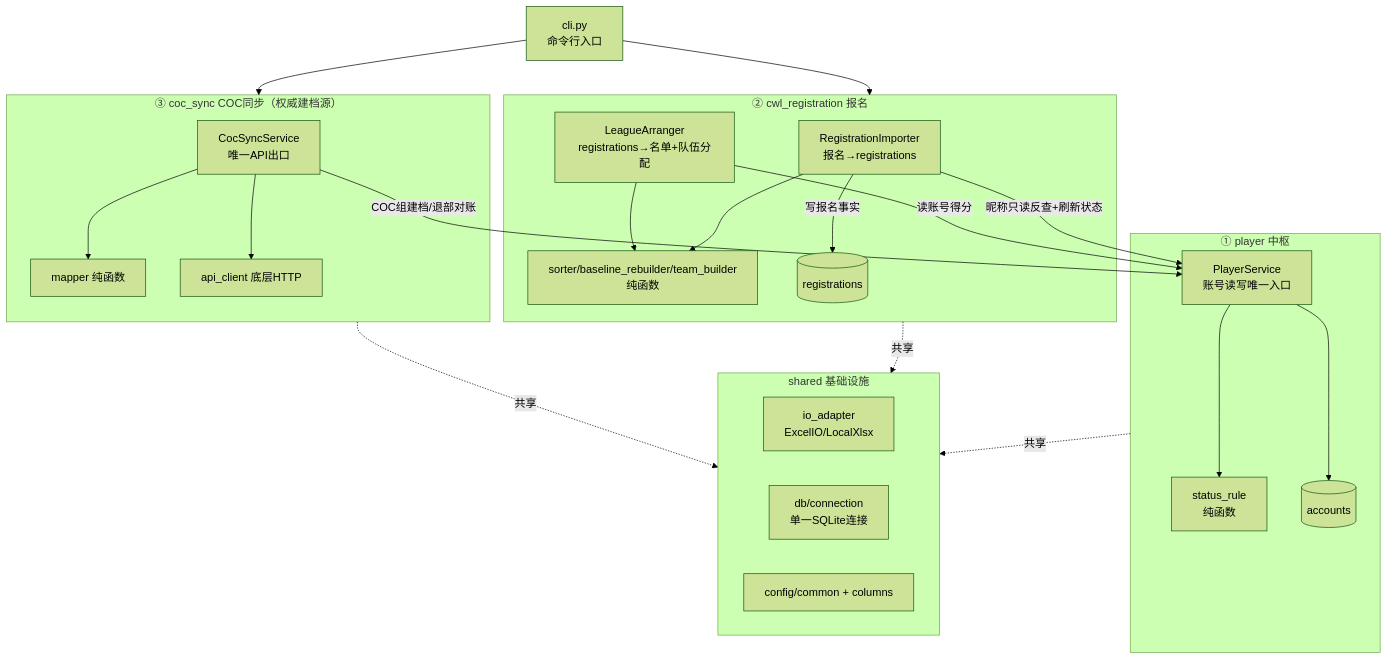
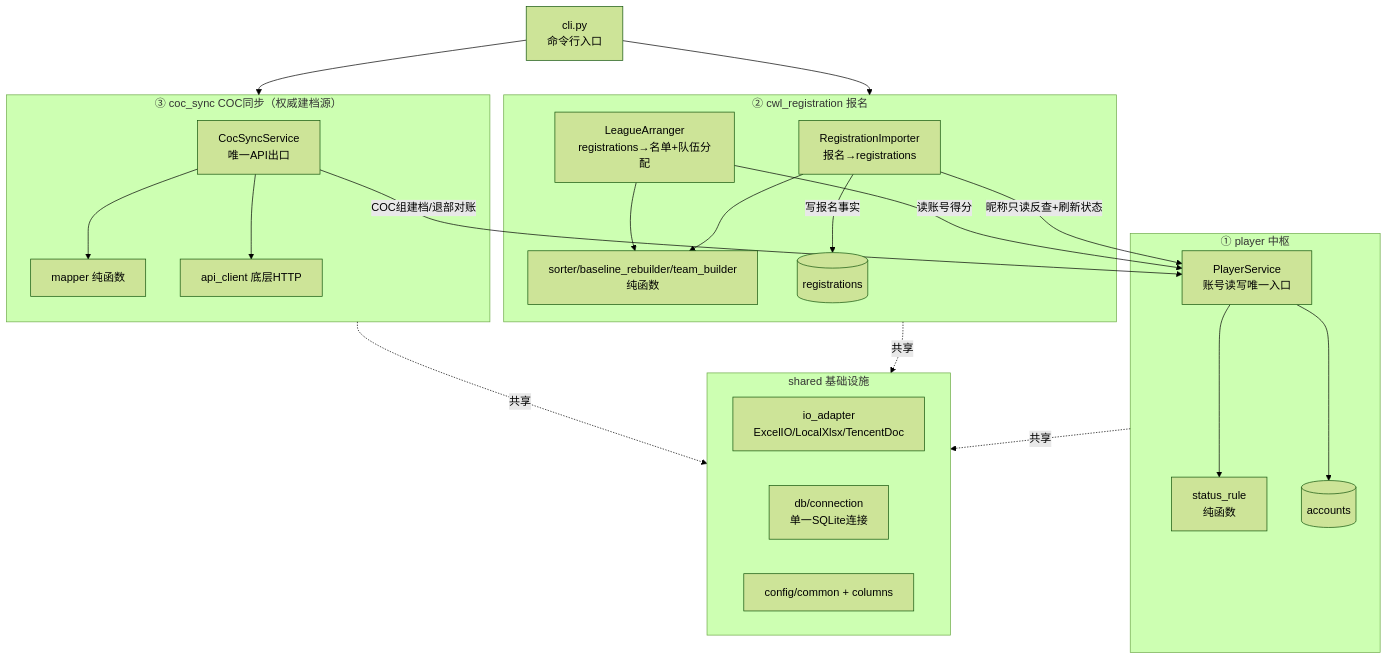
Before and after one commit to Pluto1944/sky-admin: the first of 4 diagrams in docs/01-architecture.md, drawn with Mermaid (forest theme). The commit also changed other lines of this file and 11 other files, not shown here.

````diff
--- a/docs/01-architecture.md
+++ b/docs/01-architecture.md
@@ -54,38 +54,38 @@
 ```mermaid
 flowchart TD
     CLI[cli.py<br/>命令行入口]
 
     subgraph M2["② cwl_registration 报名"]
         IMP[RegistrationImporter<br/>报名→registrations]
         ROS[LeagueArranger<br/>registrations→名单+队伍分配]
         SORT[sorter/baseline_rebuilder/team_builder<br/>纯函数]
         RR[(registrations)]
     end
     subgraph M3["③ coc_sync COC同步（权威建档源）"]
         COC[CocSyncService<br/>唯一API出口]
         MAP[mapper 纯函数]
         API4[api_client 底层HTTP]
     end
     subgraph M1["① player 中枢"]
         PSVC[PlayerService<br/>账号读写唯一入口]
         ST[status_rule<br/>纯函数]
         PR[(accounts)]
     end
     subgraph INFRA["shared 基础设施"]
-        IO[io_adapter<br/>ExcelIO/LocalXlsx]
+        IO[io_adapter<br/>ExcelIO/LocalXlsx/TencentDoc]
         DB[db/connection<br/>单一SQLite连接]
         CFG[config/common + columns]
     end
 
     CLI --> M2 & M3
     IMP -->|昵称只读反查+刷新状态| PSVC
     IMP -->|写报名事实| RR
     ROS -->|读账号得分| PSVC
     COC -->|COC组建档/退部对账| PSVC
     COC --> API4 & MAP
     IMP --> SORT
     ROS --> SORT
     PSVC --> PR & ST
     M2 & M3 -.共享.-> INFRA
     M1 -.共享.-> INFRA
 ```
````
